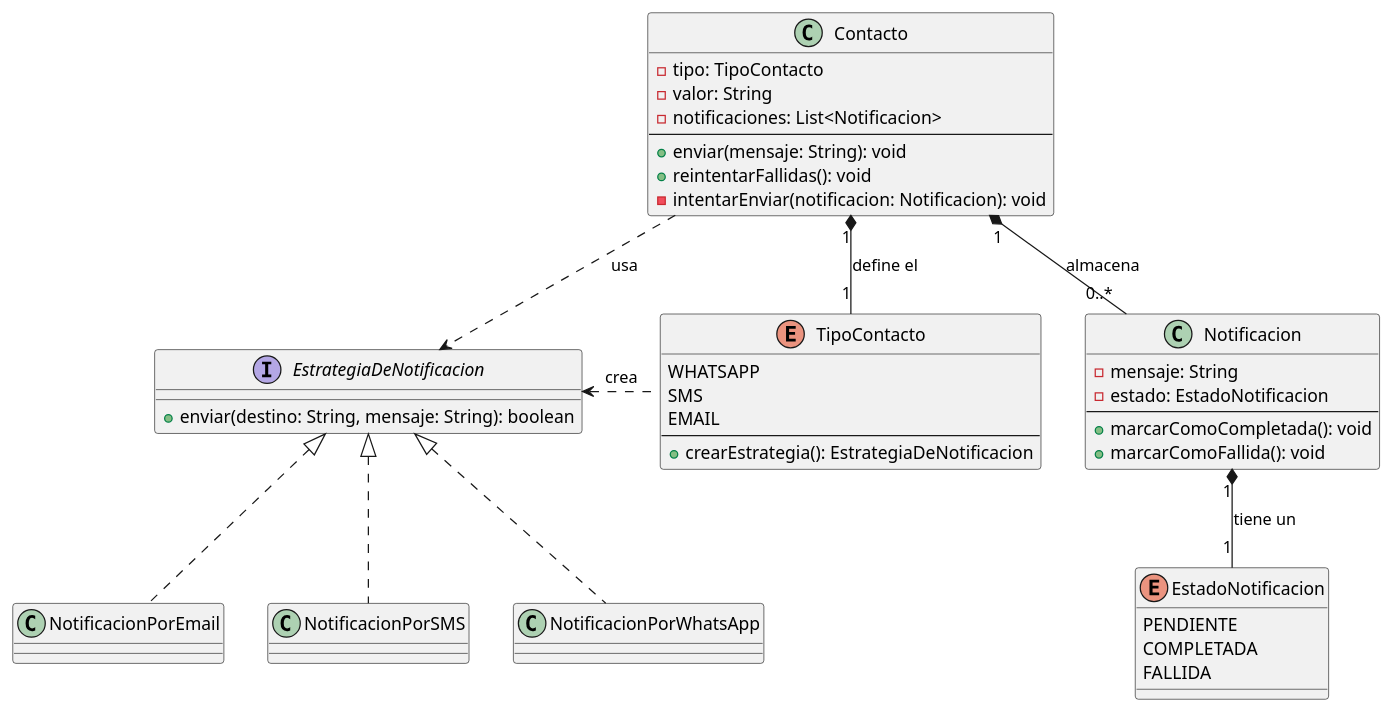
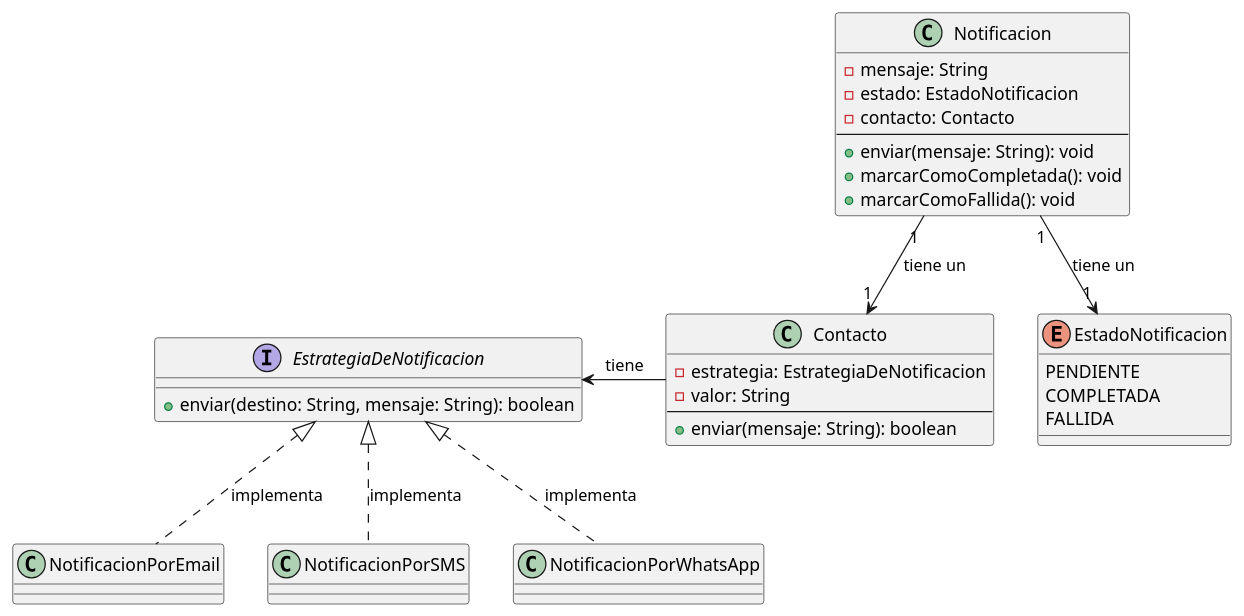
The diagram in documentacion/entrega1/dc_notificacion.puml (santiparis/dona-track), drawn with PlantUML before and after one commit. The commit also changed 10 other files, not shown here.

```diff
--- a/documentacion/entrega1/dc_notificacion.puml
+++ b/documentacion/entrega1/dc_notificacion.puml
@@ -1,56 +1,46 @@
 @startuml
 
  class Contacto {
-     - tipo: TipoContacto
+     - estrategia: EstrategiaDeNotificacion
      - valor: String
-     - notificaciones: List<Notificacion>
      --
-     + enviar(mensaje: String): void
-     + reintentarFallidas(): void
-     - intentarEnviar(notificacion: Notificacion): void
+     + enviar(mensaje: String): boolean
  }
 
- enum TipoContacto {
-     WHATSAPP
-     SMS
-     EMAIL
-     --
-     + crearEstrategia(): EstrategiaDeNotificacion
- }
  enum EstadoNotificacion {
      PENDIENTE
      COMPLETADA
      FALLIDA
  }
 
  interface EstrategiaDeNotificacion {
      + enviar(destino: String, mensaje: String): boolean
  }
 
  class Notificacion {
      - mensaje: String
      - estado: EstadoNotificacion
+     - contacto: Contacto
      --
+     + enviar(mensaje: String): void
      + marcarComoCompletada(): void
      + marcarComoFallida(): void
  }
 
  class NotificacionPorEmail
  class NotificacionPorSMS
  class NotificacionPorWhatsApp
 
  ' Relaciones de Composición (Parte-Todo)
- Contacto "1" *-- "1" TipoContacto : define el
- Contacto "1" *-- "0..*" Notificacion : almacena
- Notificacion "1" *-- "1" EstadoNotificacion : tiene un
+ Contacto "1" <-up- "1" Notificacion: tiene un
+ Notificacion "1" --> "1" EstadoNotificacion : tiene un
 
  ' Relaciones de Dependencia (Uso)
- Contacto ..> EstrategiaDeNotificacion : usa
- TipoContacto .left.> EstrategiaDeNotificacion : crea
+ Contacto -left-> EstrategiaDeNotificacion : tiene
 
  ' Relaciones de Herencia (Implementación)
- NotificacionPorEmail .up.|> EstrategiaDeNotificacion
- NotificacionPorSMS .up.|> EstrategiaDeNotificacion
- NotificacionPorWhatsApp .up.|> EstrategiaDeNotificacion
+ NotificacionPorEmail .up.|> EstrategiaDeNotificacion : implementa
+ NotificacionPorSMS .up.|> EstrategiaDeNotificacion : implementa
+ NotificacionPorWhatsApp .up.|> EstrategiaDeNotificacion : implementa
 
  @enduml
```
